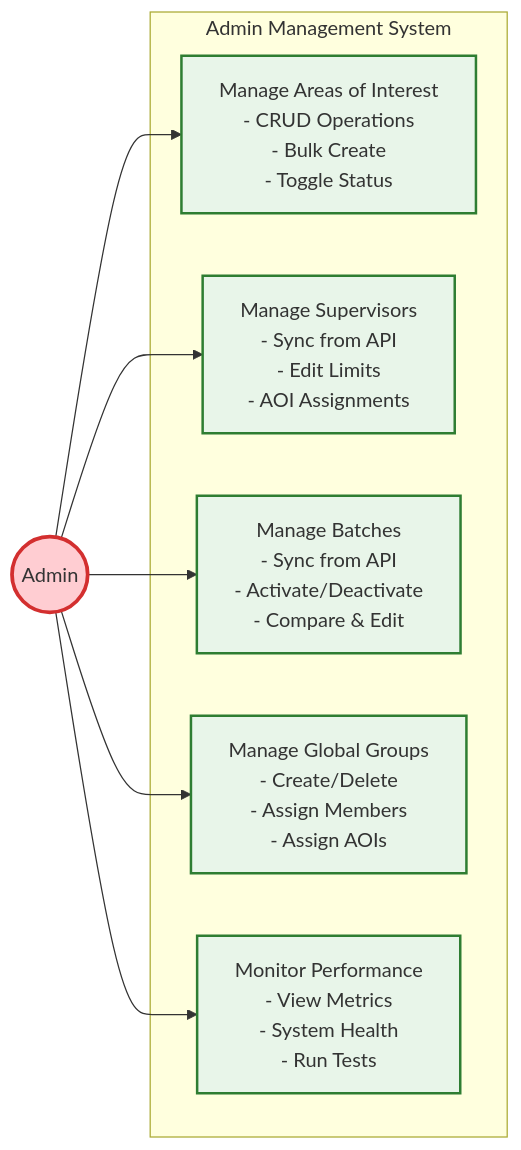
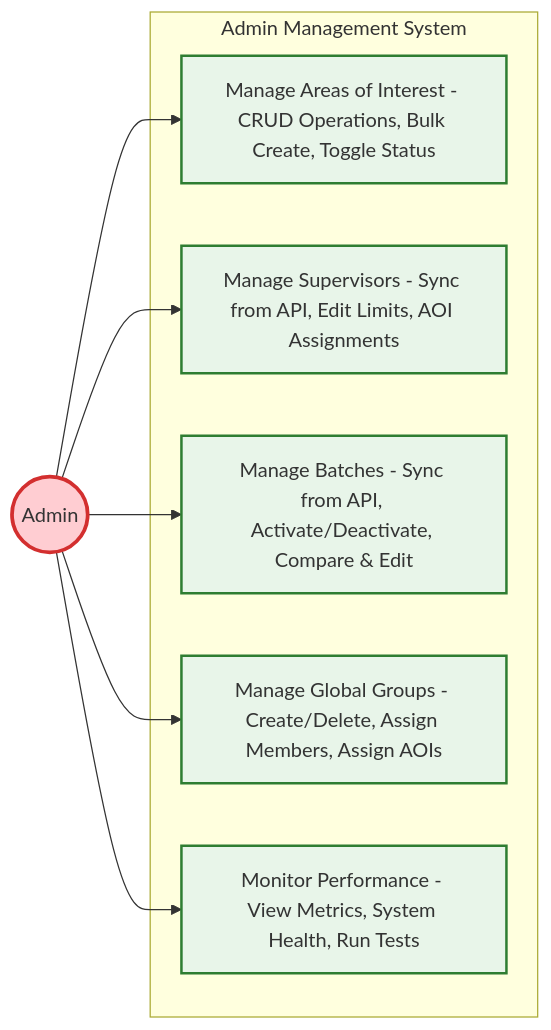
One commit to abdullah2323442/thesisrepo-backup changed the third of 3 diagrams in documentation/roles/Admin-use-case-diagram.md. Above: the diagram before and after it, drawn with Mermaid. The commit also changed 5 other files, not shown here.

Commit message:
refactor(use-case-diagrams): Enhance readability of use case diagrams by simplifying text formatting across multiple roles

````diff
--- a/documentation/roles/Admin-use-case-diagram.md
+++ b/documentation/roles/Admin-use-case-diagram.md
@@ -153,29 +153,29 @@
 ```mermaid
 graph LR
     %% Actor
     Admin((Admin))
     
     %% System Boundary
     subgraph System["Admin Management System"]
         %% Core Use Cases
-        UC1[Manage Areas of Interest<br/>- CRUD Operations<br/>- Bulk Create<br/>- Toggle Status]
-        UC2[Manage Supervisors<br/>- Sync from API<br/>- Edit Limits<br/>- AOI Assignments]
-        UC3[Manage Batches<br/>- Sync from API<br/>- Activate/Deactivate<br/>- Compare & Edit]
-        UC4[Manage Global Groups<br/>- Create/Delete<br/>- Assign Members<br/>- Assign AOIs]
-        UC5[Monitor Performance<br/>- View Metrics<br/>- System Health<br/>- Run Tests]
+        UC1["Manage Areas of Interest - CRUD Operations, Bulk Create, Toggle Status"]
+        UC2["Manage Supervisors - Sync from API, Edit Limits, AOI Assignments"]
+        UC3["Manage Batches - Sync from API, Activate/Deactivate, Compare & Edit"]
+        UC4["Manage Global Groups - Create/Delete, Assign Members, Assign AOIs"]
+        UC5["Monitor Performance - View Metrics, System Health, Run Tests"]
     end
     
     %% Connections
     Admin --> UC1
     Admin --> UC2
     Admin --> UC3
     Admin --> UC4
     Admin --> UC5
     
     %% Styling
     classDef actor fill:#ffcdd2,stroke:#d32f2f,stroke-width:3px
     classDef usecase fill:#e8f5e9,stroke:#2e7d32,stroke-width:2px
     
     class Admin actor
     class UC1,UC2,UC3,UC4,UC5 usecase
 ```
````
